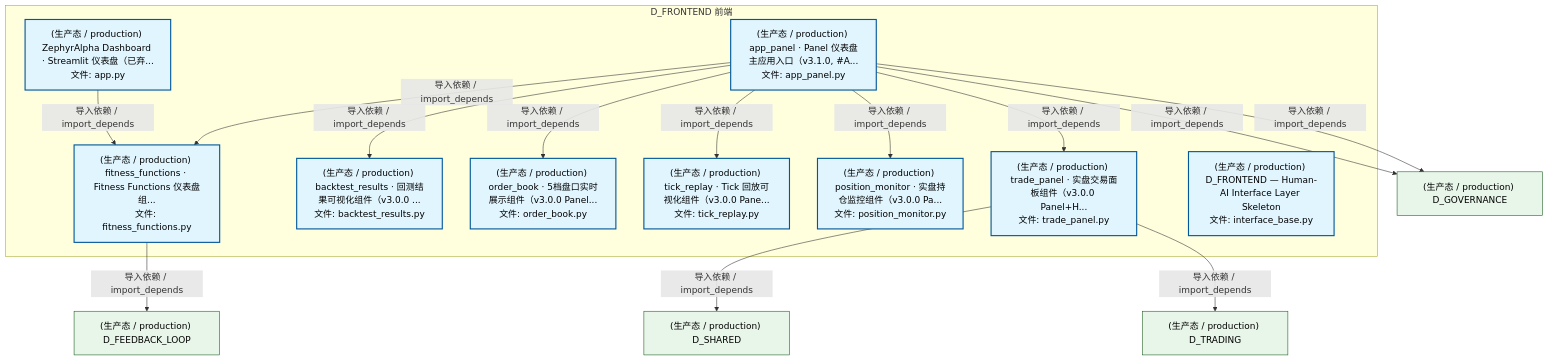
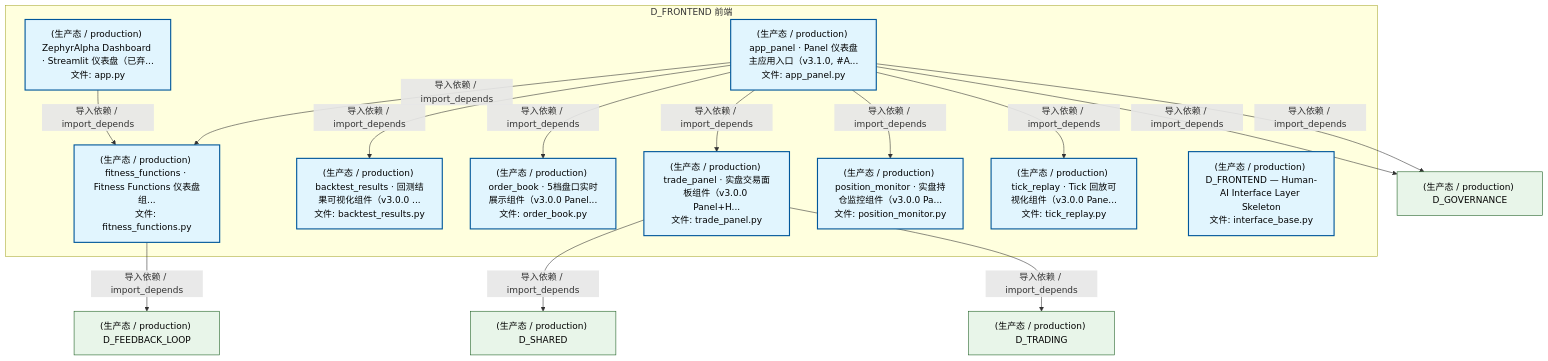
One commit to xuanFelixVan/ZephyrAlpha changed the second of 5 diagrams in docs/02_enterprise_architecture/02_domain_architecture_docs/15_d_frontend.md. Above: the diagram before and after it, drawn with Mermaid. The commit also changed other lines of this file and 87 other files, not shown here.

````diff
--- a/docs/02_enterprise_architecture/02_domain_architecture_docs/15_d_frontend.md
+++ b/docs/02_enterprise_architecture/02_domain_architecture_docs/15_d_frontend.md
@@ -165,36 +165,36 @@
 ```mermaid
 graph TD
     subgraph D_FRONTEND["D_FRONTEND 前端"]
         src_zephyr_frontend_dashboard_app_py["(生产态 / production) ZephyrAlpha Dashboard · Streamlit 仪表盘（已弃...<br/>文件: app.py"]
         src_zephyr_frontend_dashboard_app_panel_py["(生产态 / production) app_panel · Panel 仪表盘主应用入口（v3.1.0, #A...<br/>文件: app_panel.py"]
         src_zephyr_frontend_dashboard_components_backtest_results_py["(生产态 / production) backtest_results · 回测结果可视化组件（v3.0.0 ...<br/>文件: backtest_results.py"]
         src_zephyr_frontend_dashboard_components_fitness_functions_py["(生产态 / production) fitness_functions · Fitness Functions 仪表盘组...<br/>文件: fitness_functions.py"]
         src_zephyr_frontend_dashboard_components_order_book_py["(生产态 / production) order_book · 5档盘口实时展示组件（v3.0.0 Panel...<br/>文件: order_book.py"]
         src_zephyr_frontend_dashboard_components_position_monitor_py["(生产态 / production) position_monitor · 实盘持仓监控组件（v3.0.0 Pa...<br/>文件: position_monitor.py"]
         src_zephyr_frontend_dashboard_components_tick_replay_py["(生产态 / production) tick_replay · Tick 回放可视化组件（v3.0.0 Pane...<br/>文件: tick_replay.py"]
         src_zephyr_frontend_dashboard_components_trade_panel_py["(生产态 / production) trade_panel · 实盘交易面板组件（v3.0.0 Panel+H...<br/>文件: trade_panel.py"]
         src_zephyr_frontend_interface_base_py["(生产态 / production) D_FRONTEND — Human-AI Interface Layer Skeleton<br/>文件: interface_base.py"]
     end
     src_zephyr_frontend_dashboard_app_py -->|导入依赖 / import_depends| src_zephyr_frontend_dashboard_components_fitness_functions_py
     src_zephyr_frontend_dashboard_app_panel_py -->|导入依赖 / import_depends| src_zephyr_frontend_dashboard_components_fitness_functions_py
     src_zephyr_frontend_dashboard_app_panel_py -->|导入依赖 / import_depends| src_zephyr_frontend_dashboard_components_backtest_results_py
     src_zephyr_frontend_dashboard_app_panel_py -->|导入依赖 / import_depends| src_zephyr_frontend_dashboard_components_order_book_py
+    src_zephyr_frontend_dashboard_app_panel_py -->|导入依赖 / import_depends| src_zephyr_frontend_dashboard_components_trade_panel_py
+    src_zephyr_frontend_dashboard_app_panel_py -->|导入依赖 / import_depends| src_zephyr_frontend_dashboard_components_position_monitor_py
     src_zephyr_frontend_dashboard_app_panel_py -->|导入依赖 / import_depends| src_zephyr_frontend_dashboard_components_tick_replay_py
-    src_zephyr_frontend_dashboard_app_panel_py -->|导入依赖 / import_depends| src_zephyr_frontend_dashboard_components_position_monitor_py
-    src_zephyr_frontend_dashboard_app_panel_py -->|导入依赖 / import_depends| src_zephyr_frontend_dashboard_components_trade_panel_py
     D_GOVERNANCE["(生产态 / production) D_GOVERNANCE"]
     src_zephyr_frontend_dashboard_app_panel_py -->|导入依赖 / import_depends| D_GOVERNANCE
     D_FEEDBACK_LOOP["(生产态 / production) D_FEEDBACK_LOOP"]
     src_zephyr_frontend_dashboard_components_fitness_functions_py -->|导入依赖 / import_depends| D_FEEDBACK_LOOP
     D_SHARED["(生产态 / production) D_SHARED"]
     src_zephyr_frontend_dashboard_components_trade_panel_py -->|导入依赖 / import_depends| D_SHARED
     src_zephyr_frontend_dashboard_app_panel_py -->|导入依赖 / import_depends| D_GOVERNANCE
     D_TRADING["(生产态 / production) D_TRADING"]
     src_zephyr_frontend_dashboard_components_trade_panel_py -->|导入依赖 / import_depends| D_TRADING
     classDef production fill:#e1f5fe,stroke:#01579b,stroke-width:2px,color:#000
     classDef design fill:#fff3e0,stroke:#e65100,stroke-width:2px,color:#000,stroke-dasharray: 5 5
     classDef external_prod fill:#e8f5e9,stroke:#1b5e20,stroke-width:1px,color:#000
     classDef external_design fill:#fce4ec,stroke:#880e4f,stroke-width:1px,color:#000,stroke-dasharray: 5 5
     class src_zephyr_frontend_dashboard_app_py,src_zephyr_frontend_dashboard_app_panel_py,src_zephyr_frontend_dashboard_components_backtest_results_py,src_zephyr_frontend_dashboard_components_fitness_functions_py,src_zephyr_frontend_dashboard_components_order_book_py,src_zephyr_frontend_dashboard_components_position_monitor_py,src_zephyr_frontend_dashboard_components_tick_replay_py,src_zephyr_frontend_dashboard_components_trade_panel_py,src_zephyr_frontend_interface_base_py production
     class D_GOVERNANCE,D_FEEDBACK_LOOP,D_SHARED,D_TRADING external_prod
 ```
````
